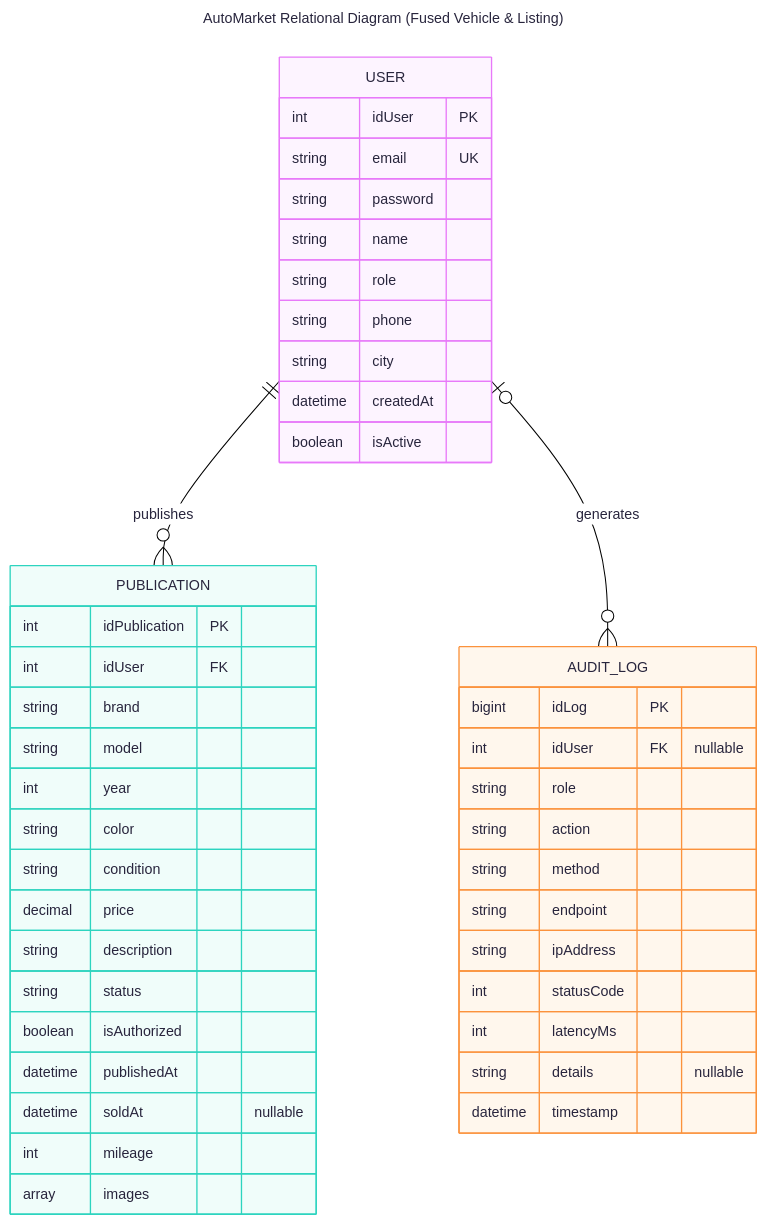
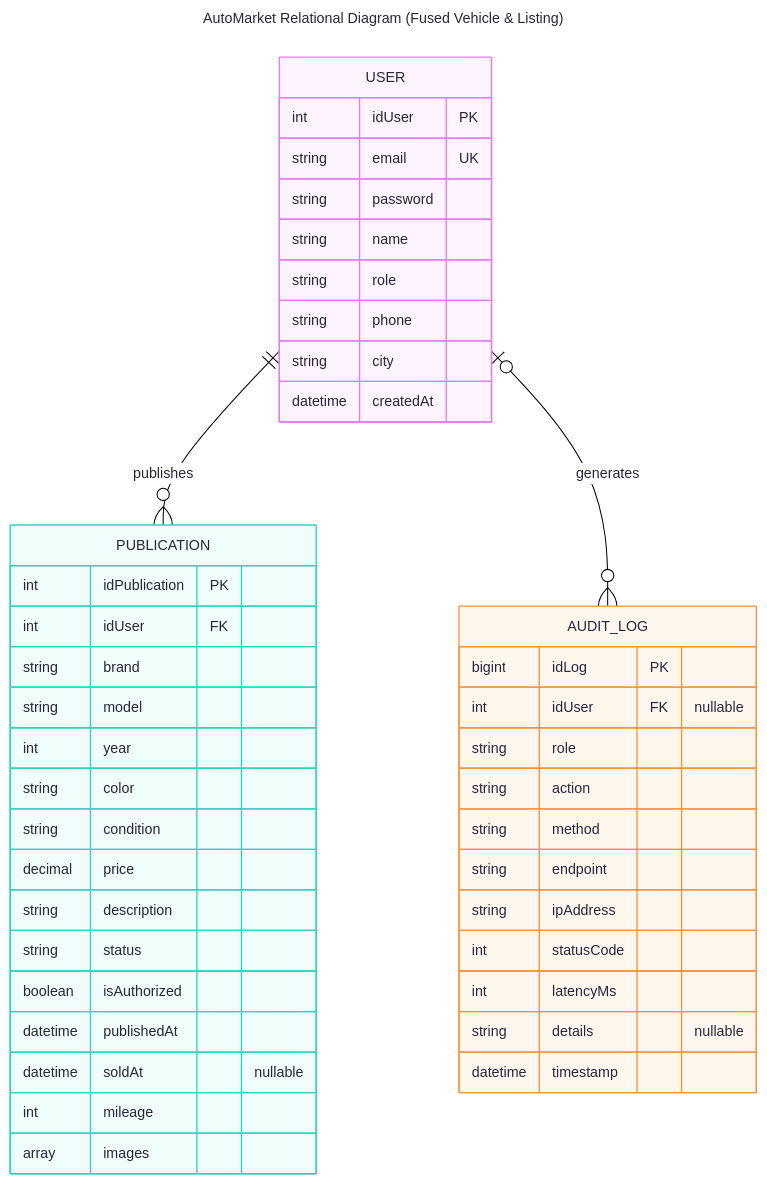
Before and after one commit to Ckancord33/autoMarket_AAA_workshop: the diagram in README.md, drawn with Mermaid. The commit also changed other lines of this file and 6 other files, not shown here.

````diff
--- a/README.md
+++ b/README.md
@@ -21,57 +21,56 @@
 ```mermaid
 ---
 config:
   theme: redux-color
   look: classic
 title: AutoMarket Relational Diagram (Fused Vehicle & Listing)
 ---
 erDiagram
     direction TB
 
     USER {
         int idUser PK
         string email UK
         string password
         string name
         string role
         string phone
         string city
         datetime createdAt
-        boolean isActive
     }
 
     PUBLICATION {
         int idPublication PK
         int idUser FK
         string brand
         string model
         int year
         string color
         string condition
         decimal price
         string description
         string status
         boolean isAuthorized
         datetime publishedAt 
         datetime soldAt "nullable"
         int mileage
         array images
     }
 
     AUDIT_LOG {
         bigint idLog PK
         int idUser FK "nullable"
         string role
         string action
         string method
         string endpoint
         string ipAddress
         int statusCode
         int latencyMs
         string details "nullable"
         datetime timestamp
     }
 
     USER ||--o{ PUBLICATION : "publishes"
     USER |o--o{ AUDIT_LOG : "generates"
 ```
````
